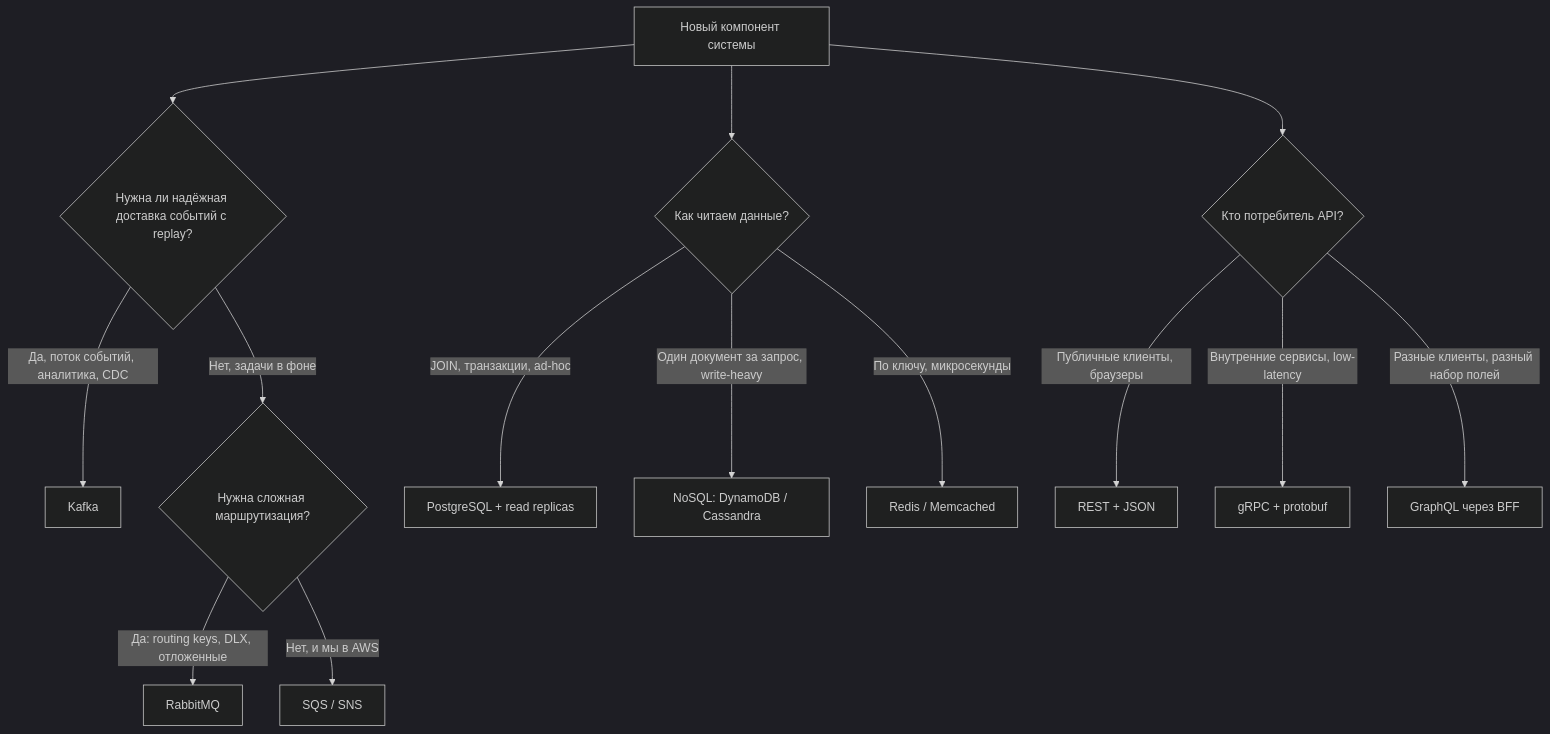
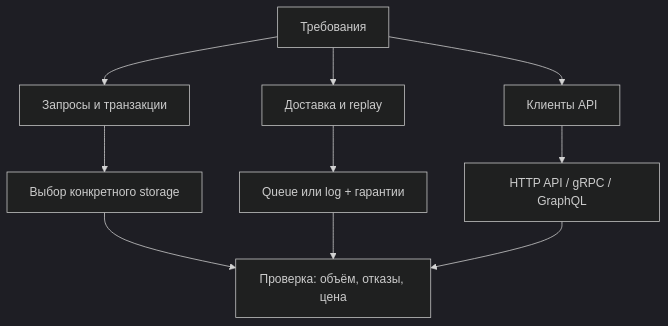
Before and after one commit to AlohaJava/system-design-interview-chamkin: the third of 3 diagrams in 04-cheatsheets/tradeoffs.md, drawn with Mermaid (dark theme). The commit also changed other lines of this file and 49 other files, not shown here.

````diff
--- a/04-cheatsheets/tradeoffs.md
+++ b/04-cheatsheets/tradeoffs.md
@@ -309,16 +333,12 @@
 ```mermaid
-flowchart TD
-    A["Новый компонент системы"] --> B{"Нужна ли надёжная доставка событий с replay?"}
-    B -->|"Да, поток событий, аналитика, CDC"| K["Kafka"]
-    B -->|"Нет, задачи в фоне"| C{"Нужна сложная маршрутизация?"}
-    C -->|"Да: routing keys, DLX, отложенные"| R["RabbitMQ"]
-    C -->|"Нет, и мы в AWS"| S["SQS / SNS"]
-    A --> D{"Как читаем данные?"}
-    D -->|"JOIN, транзакции, ad-hoc"| SQL["PostgreSQL + read replicas"]
-    D -->|"Один документ за запрос, write-heavy"| N["NoSQL: DynamoDB / Cassandra"]
-    D -->|"По ключу, микросекунды"| RD["Redis / Memcached"]
-    A --> E{"Кто потребитель API?"}
-    E -->|"Публичные клиенты, браузеры"| REST["REST + JSON"]
-    E -->|"Внутренние сервисы, low-latency"| GRPC["gRPC + protobuf"]
-    E -->|"Разные клиенты, разный набор полей"| GQL["GraphQL через BFF"]
+flowchart TB
+    A["Требования"] --> Q["Запросы и транзакции"]
+    A --> E["Доставка и replay"]
+    A --> C["Клиенты API"]
+    Q --> S["Выбор конкретного storage"]
+    E --> B["Queue или log + гарантии"]
+    C --> P["HTTP API / gRPC / GraphQL"]
+    S --> V["Проверка: объём, отказы, цена"]
+    B --> V
+    P --> V
 ```
````
